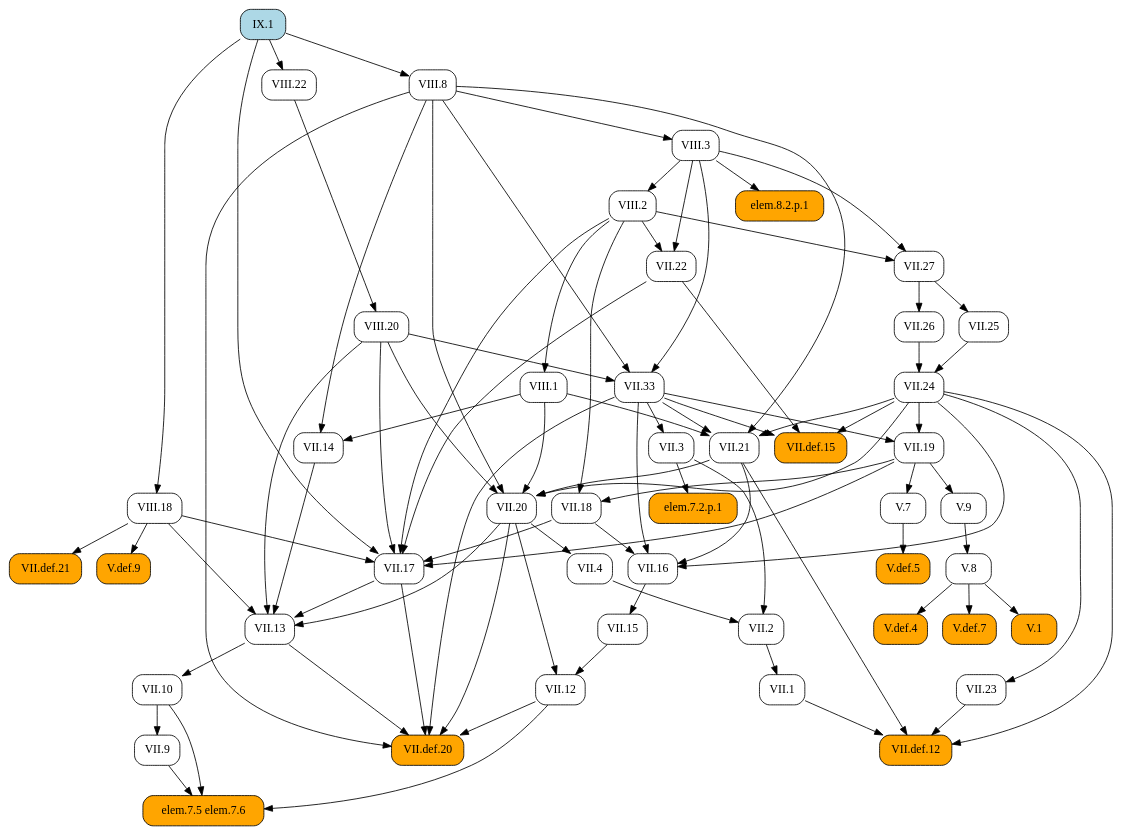
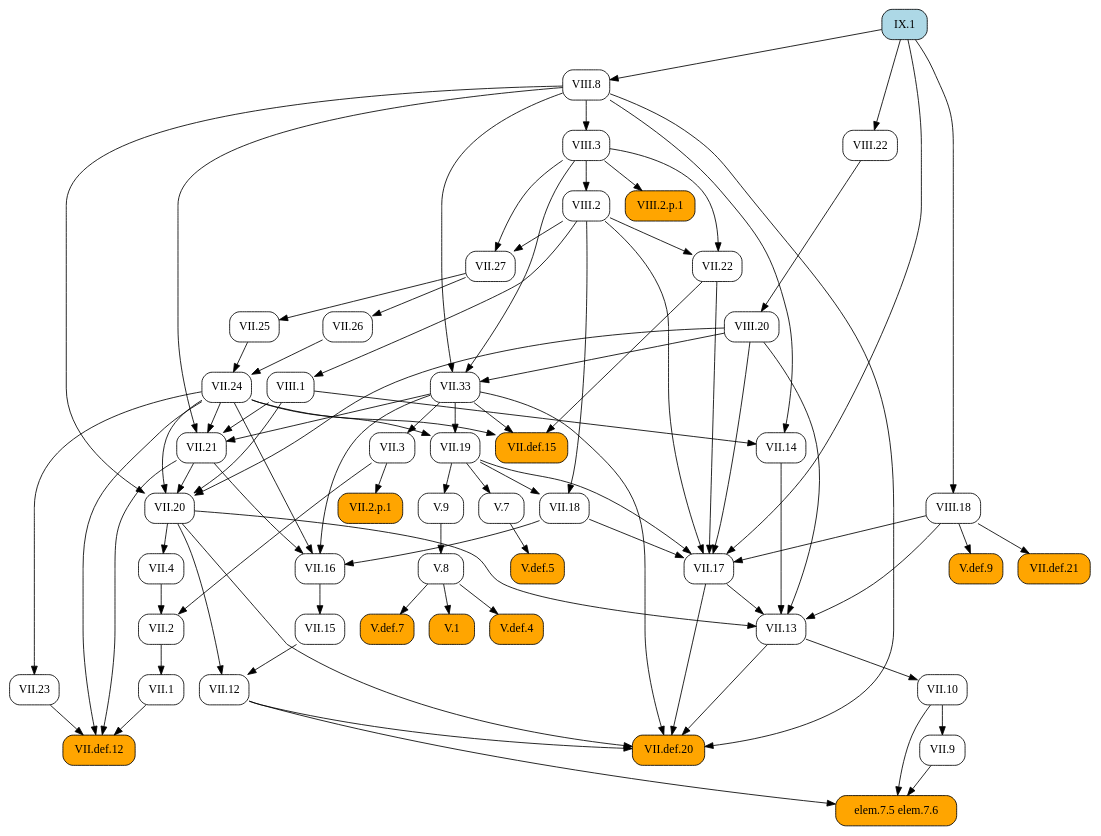
Before and after one commit to geometor/elements: the diagram in docsrc/heath/IX/1/index.rst, drawn with Graphviz. The commit also changed 484 other files, not shown here.

```diff
--- a/docsrc/heath/IX/1/index.rst
+++ b/docsrc/heath/IX/1/index.rst
@@ -38,55 +38,85 @@
    digraph {
      rankdir="TB";
      node [shape=box, style=rounded];
-     "VII.1" [URL="/heath/VII/1/", target="_top"];
+     "VII.33" [URL="/heath/VII/33/", target="_top"];
+     "VII.12" [URL="/heath/VII/12/", target="_top"];
+     "elem.7.5 elem.7.6" [style="rounded,filled", fillcolor=orange];
+     "VIII.20" [URL="/heath/VIII/20/", target="_top"];
      "VII.9" [URL="/heath/VII/9/", target="_top"];
-     "V.def.5" [style="rounded,filled", fillcolor=orange, URL="/heath/V/def.5/", target="_top"];
-     "VII.17" [URL="/heath/VII/17/", target="_top"];
-     "VII.3" [URL="/heath/VII/3/", target="_top"];
-     "elem.7.5 elem.7.6" [style="rounded,filled", fillcolor=orange];
-     "VII.def.21" [style="rounded,filled", fillcolor=orange, URL="/heath/VII/def.21/", target="_top"];
-     "V.7" [URL="/heath/V/7/", target="_top"];
-     "V.9" [URL="/heath/V/9/", target="_top"];
-     "VII.13" [URL="/heath/VII/13/", target="_top"];
-     "VII.2" [URL="/heath/VII/2/", target="_top"];
-     "VIII.1" [URL="/heath/VIII/1/", target="_top"];
      "VIII.2" [URL="/heath/VIII/2/", target="_top"];
-     "IX.1" [style="rounded,filled", fillcolor=lightblue, URL="/heath/IX/1/", target="_top"];
-     "VII.12" [URL="/heath/VII/12/", target="_top"];
-     "VII.24" [URL="/heath/VII/24/", target="_top"];
-     "VII.def.12" [style="rounded,filled", fillcolor=orange, URL="/heath/VII/def.12/", target="_top"];
-     "V.8" [URL="/heath/V/8/", target="_top"];
-     "VII.33" [URL="/heath/VII/33/", target="_top"];
-     "VIII.22" [URL="/heath/VIII/22/", target="_top"];
-     "V.def.9" [style="rounded,filled", fillcolor=orange, URL="/heath/V/def.9/", target="_top"];
-     "VIII.18" [URL="/heath/VIII/18/", target="_top"];
-     "VII.10" [URL="/heath/VII/10/", target="_top"];
-     "elem.7.2.p.1" [style="rounded,filled", fillcolor=orange];
-     "VII.def.15" [style="rounded,filled", fillcolor=orange, URL="/heath/VII/def.15/", target="_top"];
-     "VII.19" [URL="/heath/VII/19/", target="_top"];
      "VII.18" [URL="/heath/VII/18/", target="_top"];
      "VII.16" [URL="/heath/VII/16/", target="_top"];
+     "V.7" [URL="/heath/V/7/", target="_top"];
      "VII.26" [URL="/heath/VII/26/", target="_top"];
-     "VII.4" [URL="/heath/VII/4/", target="_top"];
-     "VII.25" [URL="/heath/VII/25/", target="_top"];
-     "VII.21" [URL="/heath/VII/21/", target="_top"];
-     "V.1" [style="rounded,filled", fillcolor=orange, URL="/heath/V/1/", target="_top"];
-     "VII.20" [URL="/heath/VII/20/", target="_top"];
+     "V.def.5" [style="rounded,filled", fillcolor=orange, URL="/heath/V/def.5/", target="_top"];
+     "V.9" [URL="/heath/V/9/", target="_top"];
      "VIII.8" [URL="/heath/VIII/8/", target="_top"];
+     "VII.10" [URL="/heath/VII/10/", target="_top"];
+     "VIII.3" [URL="/heath/VIII/3/", target="_top"];
+     "VII.13" [URL="/heath/VII/13/", target="_top"];
+     "VIII.18" [URL="/heath/VIII/18/", target="_top"];
+     "VII.def.15" [style="rounded,filled", fillcolor=orange, URL="/heath/VII/def.15/", target="_top"];
+     "IX.1" [style="rounded,filled", fillcolor=lightblue, URL="/heath/IX/1/", target="_top"];
+     "VII.17" [URL="/heath/VII/17/", target="_top"];
+     "VII.19" [URL="/heath/VII/19/", target="_top"];
+     "VIII.2.p.1" [style="rounded,filled", fillcolor=orange];
+     "VII.2" [URL="/heath/VII/2/", target="_top"];
+     "VII.def.20" [style="rounded,filled", fillcolor=orange, URL="/heath/VII/def.20/", target="_top"];
+     "VII.2.p.1" [style="rounded,filled", fillcolor=orange];
+     "VII.15" [URL="/heath/VII/15/", target="_top"];
+     "V.def.4" [style="rounded,filled", fillcolor=orange, URL="/heath/V/def.4/", target="_top"];
+     "VIII.22" [URL="/heath/VIII/22/", target="_top"];
+     "V.def.7" [style="rounded,filled", fillcolor=orange, URL="/heath/V/def.7/", target="_top"];
      "VII.14" [URL="/heath/VII/14/", target="_top"];
      "VII.27" [URL="/heath/VII/27/", target="_top"];
-     "VIII.3" [URL="/heath/VIII/3/", target="_top"];
-     "V.def.4" [style="rounded,filled", fillcolor=orange, URL="/heath/V/def.4/", target="_top"];
+     "VII.21" [URL="/heath/VII/21/", target="_top"];
      "VII.22" [URL="/heath/VII/22/", target="_top"];
-     "VIII.20" [URL="/heath/VIII/20/", target="_top"];
-     "V.def.7" [style="rounded,filled", fillcolor=orange, URL="/heath/V/def.7/", target="_top"];
+     "VII.25" [URL="/heath/VII/25/", target="_top"];
+     "VIII.1" [URL="/heath/VIII/1/", target="_top"];
+     "VII.1" [URL="/heath/VII/1/", target="_top"];
+     "V.8" [URL="/heath/V/8/", target="_top"];
      "VII.23" [URL="/heath/VII/23/", target="_top"];
-     "VII.15" [URL="/heath/VII/15/", target="_top"];
-     "VII.def.20" [style="rounded,filled", fillcolor=orange, URL="/heath/VII/def.20/", target="_top"];
-     "elem.8.2.p.1" [style="rounded,filled", fillcolor=orange];
-     "VII.2" -> "VII.1";
+     "VII.4" [URL="/heath/VII/4/", target="_top"];
+     "VII.def.12" [style="rounded,filled", fillcolor=orange, URL="/heath/VII/def.12/", target="_top"];
+     "V.1" [style="rounded,filled", fillcolor=orange, URL="/heath/V/1/", target="_top"];
+     "V.def.9" [style="rounded,filled", fillcolor=orange, URL="/heath/V/def.9/", target="_top"];
+     "VII.3" [URL="/heath/VII/3/", target="_top"];
+     "VII.24" [URL="/heath/VII/24/", target="_top"];
+     "VII.20" [URL="/heath/VII/20/", target="_top"];
+     "VII.def.21" [style="rounded,filled", fillcolor=orange, URL="/heath/VII/def.21/", target="_top"];
+     "VIII.3" -> "VII.33";
+     "VIII.8" -> "VII.33";
+     "VIII.20" -> "VII.33";
+     "VII.15" -> "VII.12";
+     "VII.20" -> "VII.12";
+     "VII.9" -> "elem.7.5 elem.7.6";
+     "VII.10" -> "elem.7.5 elem.7.6";
+     "VII.12" -> "elem.7.5 elem.7.6";
+     "VIII.22" -> "VIII.20";
      "VII.10" -> "VII.9";
+     "VIII.3" -> "VIII.2";
+     "VII.19" -> "VII.18";
+     "VIII.2" -> "VII.18";
+     "VII.18" -> "VII.16";
+     "VII.21" -> "VII.16";
+     "VII.24" -> "VII.16";
+     "VII.33" -> "VII.16";
+     "VII.19" -> "V.7";
+     "VII.27" -> "VII.26";
      "V.7" -> "V.def.5";
+     "VII.19" -> "V.9";
+     "IX.1" -> "VIII.8";
+     "VII.13" -> "VII.10";
+     "VIII.8" -> "VIII.3";
+     "VII.14" -> "VII.13";
+     "VII.17" -> "VII.13";
+     "VII.20" -> "VII.13";
+     "VIII.18" -> "VII.13";
+     "VIII.20" -> "VII.13";
+     "IX.1" -> "VIII.18";
+     "VII.22" -> "VII.def.15";
+     "VII.24" -> "VII.def.15";
+     "VII.33" -> "VII.def.15";
      "VII.18" -> "VII.17";
      "VII.19" -> "VII.17";
      "VII.22" -> "VII.17";
@@ -94,81 +124,51 @@
      "VIII.18" -> "VII.17";
      "VIII.20" -> "VII.17";
      "IX.1" -> "VII.17";
-     "VII.33" -> "VII.3";
-     "VII.9" -> "elem.7.5 elem.7.6";
-     "VII.10" -> "elem.7.5 elem.7.6";
-     "VII.12" -> "elem.7.5 elem.7.6";
-     "VIII.18" -> "VII.def.21";
-     "VII.19" -> "V.7";
-     "VII.19" -> "V.9";
-     "VII.14" -> "VII.13";
-     "VII.17" -> "VII.13";
-     "VII.20" -> "VII.13";
-     "VIII.18" -> "VII.13";
-     "VIII.20" -> "VII.13";
+     "VII.24" -> "VII.19";
+     "VII.33" -> "VII.19";
+     "VIII.3" -> "VIII.2.p.1";
      "VII.3" -> "VII.2";
      "VII.4" -> "VII.2";
-     "VIII.2" -> "VIII.1";
-     "VIII.3" -> "VIII.2";
-     "VII.15" -> "VII.12";
-     "VII.20" -> "VII.12";
-     "VII.25" -> "VII.24";
-     "VII.26" -> "VII.24";
-     "VII.1" -> "VII.def.12";
-     "VII.21" -> "VII.def.12";
-     "VII.23" -> "VII.def.12";
-     "VII.24" -> "VII.def.12";
-     "V.9" -> "V.8";
-     "VIII.3" -> "VII.33";
-     "VIII.8" -> "VII.33";
-     "VIII.20" -> "VII.33";
-     "IX.1" -> "VIII.22";
-     "VIII.18" -> "V.def.9";
-     "IX.1" -> "VIII.18";
-     "VII.13" -> "VII.10";
-     "VII.3" -> "elem.7.2.p.1";
-     "VII.22" -> "VII.def.15";
-     "VII.24" -> "VII.def.15";
-     "VII.33" -> "VII.def.15";
-     "VII.24" -> "VII.19";
-     "VII.33" -> "VII.19";
-     "VII.19" -> "VII.18";
-     "VIII.2" -> "VII.18";
-     "VII.18" -> "VII.16";
-     "VII.21" -> "VII.16";
-     "VII.24" -> "VII.16";
-     "VII.33" -> "VII.16";
-     "VII.27" -> "VII.26";
-     "VII.20" -> "VII.4";
-     "VII.27" -> "VII.25";
-     "VII.24" -> "VII.21";
-     "VII.33" -> "VII.21";
-     "VIII.1" -> "VII.21";
-     "VIII.8" -> "VII.21";
-     "V.8" -> "V.1";
-     "VII.21" -> "VII.20";
-     "VII.24" -> "VII.20";
-     "VIII.1" -> "VII.20";
-     "VIII.8" -> "VII.20";
-     "VIII.20" -> "VII.20";
-     "IX.1" -> "VIII.8";
-     "VIII.1" -> "VII.14";
-     "VIII.8" -> "VII.14";
-     "VIII.2" -> "VII.27";
-     "VIII.3" -> "VII.27";
-     "VIII.8" -> "VIII.3";
-     "V.8" -> "V.def.4";
-     "VIII.2" -> "VII.22";
-     "VIII.3" -> "VII.22";
-     "VIII.22" -> "VIII.20";
-     "V.8" -> "V.def.7";
-     "VII.24" -> "VII.23";
-     "VII.16" -> "VII.15";
      "VII.12" -> "VII.def.20";
      "VII.13" -> "VII.def.20";
      "VII.17" -> "VII.def.20";
      "VII.20" -> "VII.def.20";
      "VII.33" -> "VII.def.20";
      "VIII.8" -> "VII.def.20";
-     "VIII.3" -> "elem.8.2.p.1";
+     "VII.3" -> "VII.2.p.1";
+     "VII.16" -> "VII.15";
+     "V.8" -> "V.def.4";
+     "IX.1" -> "VIII.22";
+     "V.8" -> "V.def.7";
+     "VIII.1" -> "VII.14";
+     "VIII.8" -> "VII.14";
+     "VIII.2" -> "VII.27";
+     "VIII.3" -> "VII.27";
+     "VII.24" -> "VII.21";
+     "VII.33" -> "VII.21";
+     "VIII.1" -> "VII.21";
+     "VIII.8" -> "VII.21";
+     "VIII.2" -> "VII.22";
+     "VIII.3" -> "VII.22";
+     "VII.27" -> "VII.25";
+     "VIII.2" -> "VIII.1";
+     "VII.2" -> "VII.1";
+     "V.9" -> "V.8";
+     "VII.24" -> "VII.23";
+     "VII.20" -> "VII.4";
+     "VII.1" -> "VII.def.12";
+     "VII.21" -> "VII.def.12";
+     "VII.23" -> "VII.def.12";
+     "VII.24" -> "VII.def.12";
+     "V.8" -> "V.1";
+     "VIII.18" -> "V.def.9";
+     "VII.33" -> "VII.3";
+     "VII.25" -> "VII.24";
+     "VII.26" -> "VII.24";
+     "VII.21" -> "VII.20";
+     "VII.24" -> "VII.20";
+     "VIII.1" -> "VII.20";
+     "VIII.8" -> "VII.20";
+     "VIII.20" -> "VII.20";
+     "VIII.18" -> "VII.def.21";
    }
```
